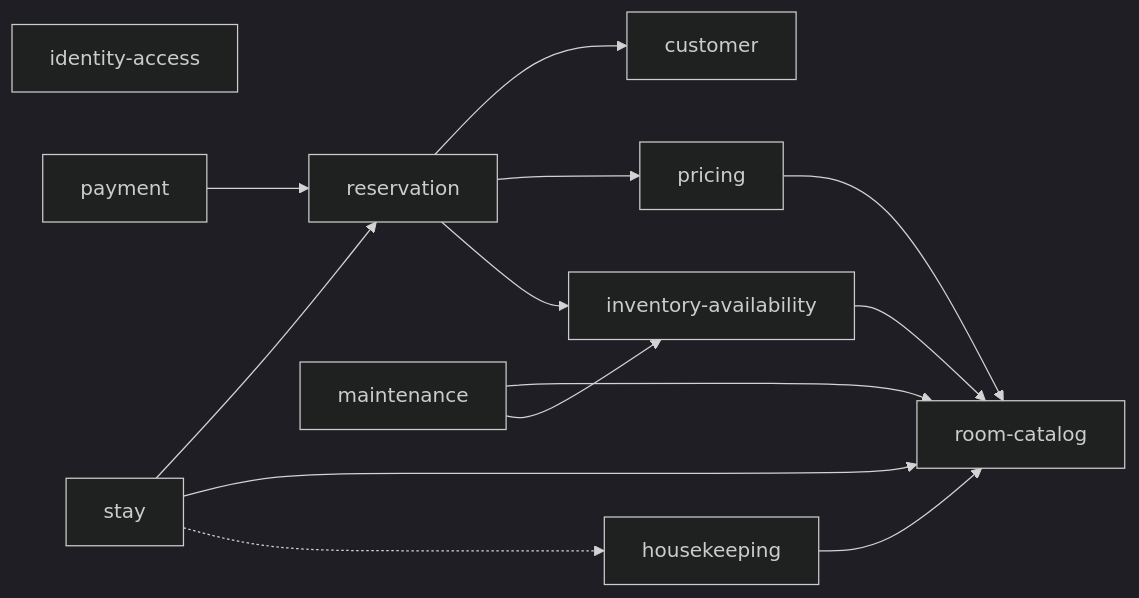
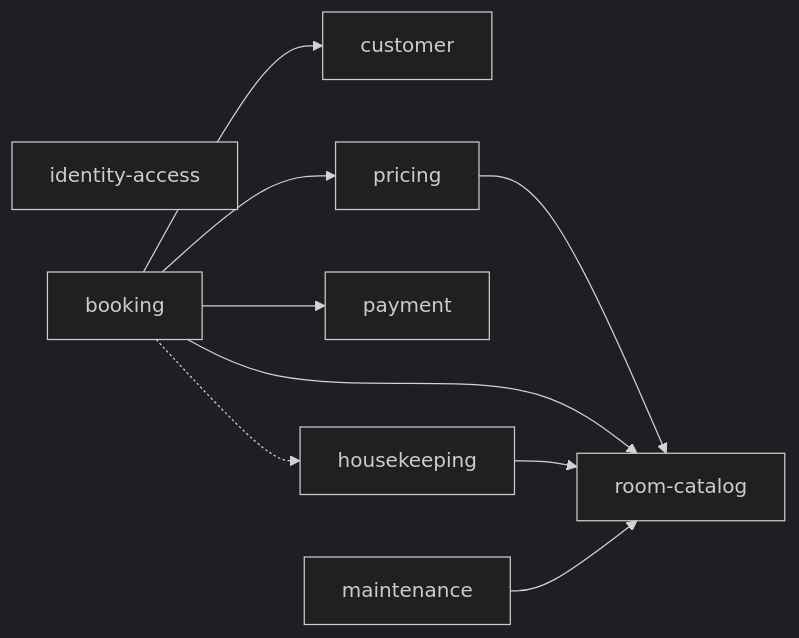
One commit to dinhhuy-dev/hotel-api changed the second of 2 diagrams in docs/architecture.md. Above: the diagram before and after it, drawn with Mermaid (dark theme). The commit also changed other lines of this file and 11 other files, not shown here.

````diff
--- a/docs/architecture.md
+++ b/docs/architecture.md
@@ -65,27 +63,21 @@
 ```mermaid
 flowchart LR
     Identity["identity-access"]
     Customer["customer"]
     Rooms["room-catalog"]
     Pricing["pricing"]
-    Inventory["inventory-availability"]
-    Reservation["reservation"]
-    Stay["stay"]
+    Booking["booking"]
     Payment["payment"]
     Housekeeping["housekeeping"]
     Maintenance["maintenance"]
 
     Pricing --> Rooms
-    Inventory --> Rooms
-    Reservation --> Customer
-    Reservation --> Pricing
-    Reservation --> Inventory
-    Stay --> Reservation
-    Stay --> Rooms
-    Payment --> Reservation
+    Booking --> Rooms
+    Booking --> Pricing
+    Booking --> Customer
+    Booking --> Payment
     Housekeeping --> Rooms
     Maintenance --> Rooms
-    Maintenance --> Inventory
 
-    Stay -.-> Housekeeping
+    Booking -.-> Housekeeping
 ```
````
